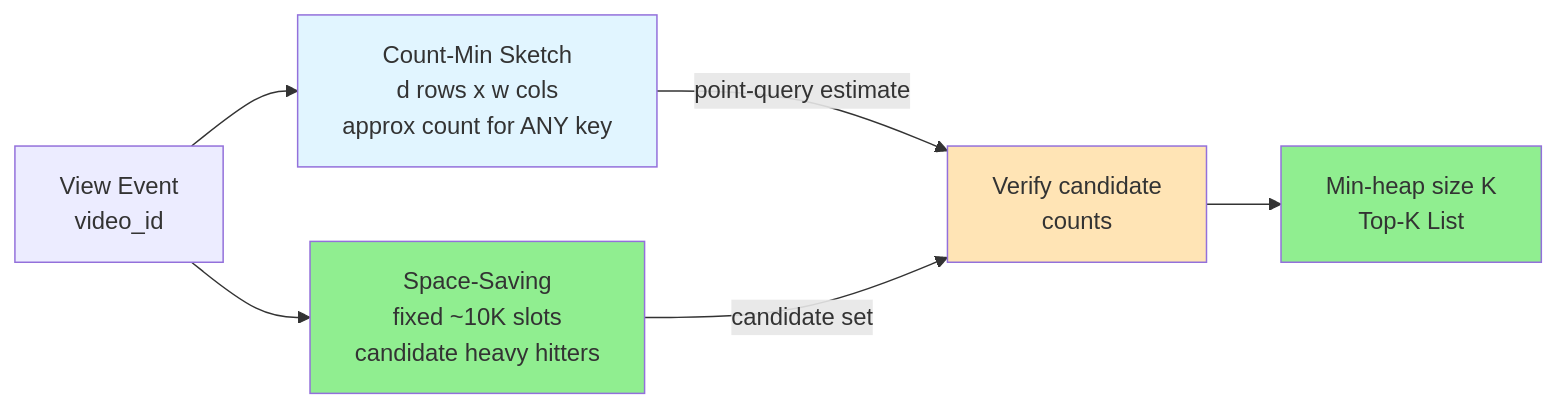
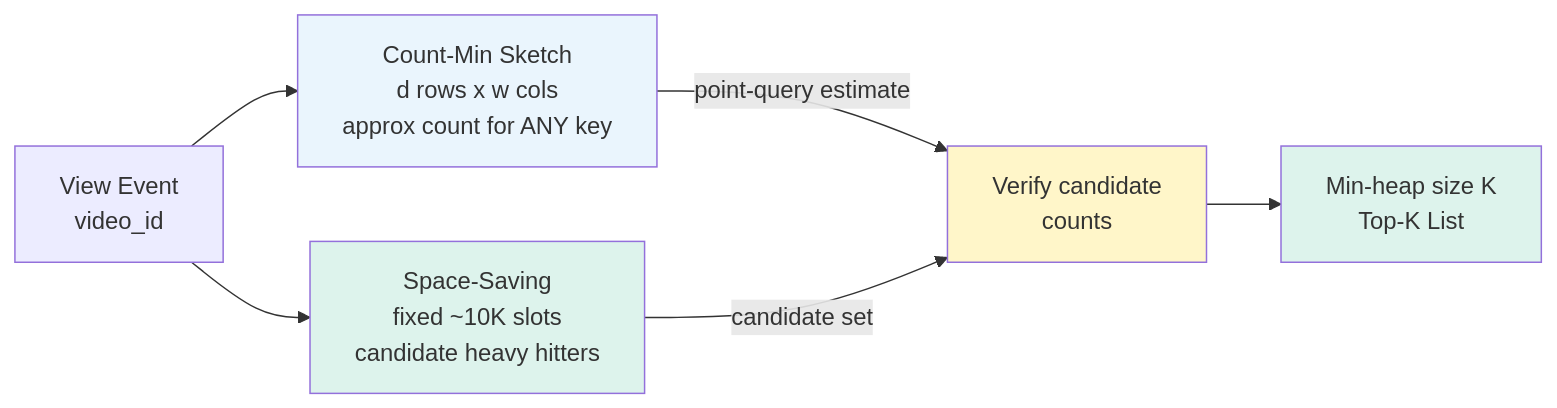
The third of 6 diagrams in LLD/questions/Design YouTube Top K.md (cartmancodes/InterviewVault), drawn with Mermaid before and after one commit. The commit also changed other lines of this file and 679 other files, not shown here.

Commit message:
Unify content diagrams and add accessible visual walkthroughs

````diff
--- a/LLD/questions/Design YouTube Top K.md
+++ b/LLD/questions/Design YouTube Top K.md
@@ -223,13 +223,13 @@
 ```mermaid
 graph LR
     EV[View Event<br/>video_id] --> CMS[Count-Min Sketch<br/>d rows x w cols<br/>approx count for ANY key]
     EV --> SS[Space-Saving<br/>fixed ~10K slots<br/>candidate heavy hitters]
     CMS -->|point-query estimate| VERIFY[Verify candidate<br/>counts]
     SS -->|candidate set| VERIFY
     VERIFY --> HEAP[Min-heap size K<br/>Top-K List]
 
-    style CMS fill:#e1f5ff
-    style SS fill:#90EE90
-    style HEAP fill:#90EE90
-    style VERIFY fill:#FFE4B5
+    style CMS fill:#EAF5FD
+    style SS fill:#DDF3EC
+    style HEAP fill:#DDF3EC
+    style VERIFY fill:#FFF6C9
 ```
````
